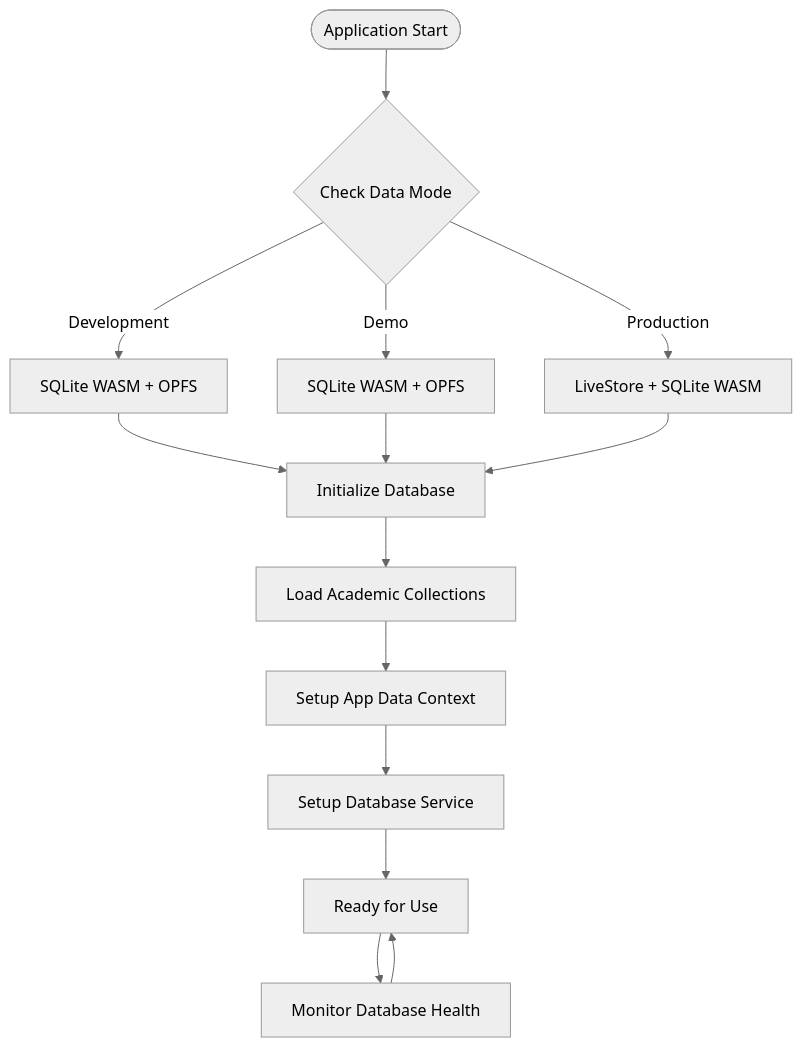
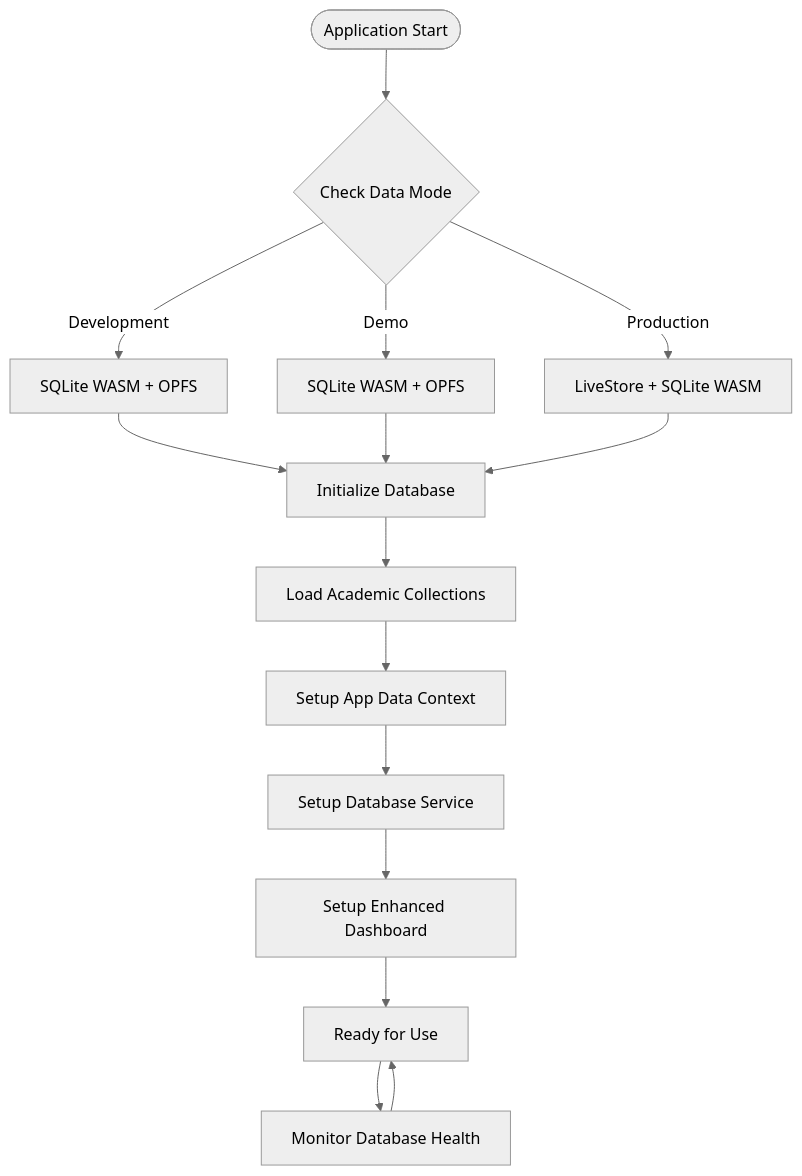
Before and after one commit to geniusdynamics/schoolpilot: the second of 14 diagrams in .qoder/repowiki/en/content/Academic Data Management.md, drawn with Mermaid (neutral theme). The commit also changed other lines of this file and 16 other files, not shown here.

````diff
--- a/.qoder/repowiki/en/content/Academic Data Management.md
+++ b/.qoder/repowiki/en/content/Academic Data Management.md
@@ -110,16 +127,17 @@
 ```mermaid
 flowchart TD
 Start([Application Start]) --> CheckMode{Check Data Mode}
 CheckMode --> |Development| DevConfig[SQLite WASM + OPFS]
 CheckMode --> |Demo| DemoConfig[SQLite WASM + OPFS]
 CheckMode --> |Production| ProdConfig[LiveStore + SQLite WASM]
 DevConfig --> InitDB[Initialize Database]
 DemoConfig --> InitDB
 ProdConfig --> InitDB
 InitDB --> LoadCollections[Load Academic Collections]
 LoadCollections --> SetupContext[Setup App Data Context]
 SetupContext --> SetupService[Setup Database Service]
-SetupService --> Ready[Ready for Use]
+SetupService --> SetupDashboard[Setup Enhanced Dashboard]
+SetupDashboard --> Ready[Ready for Use]
 Ready --> Monitor[Monitor Database Health]
 Monitor --> Ready
 ```
````
